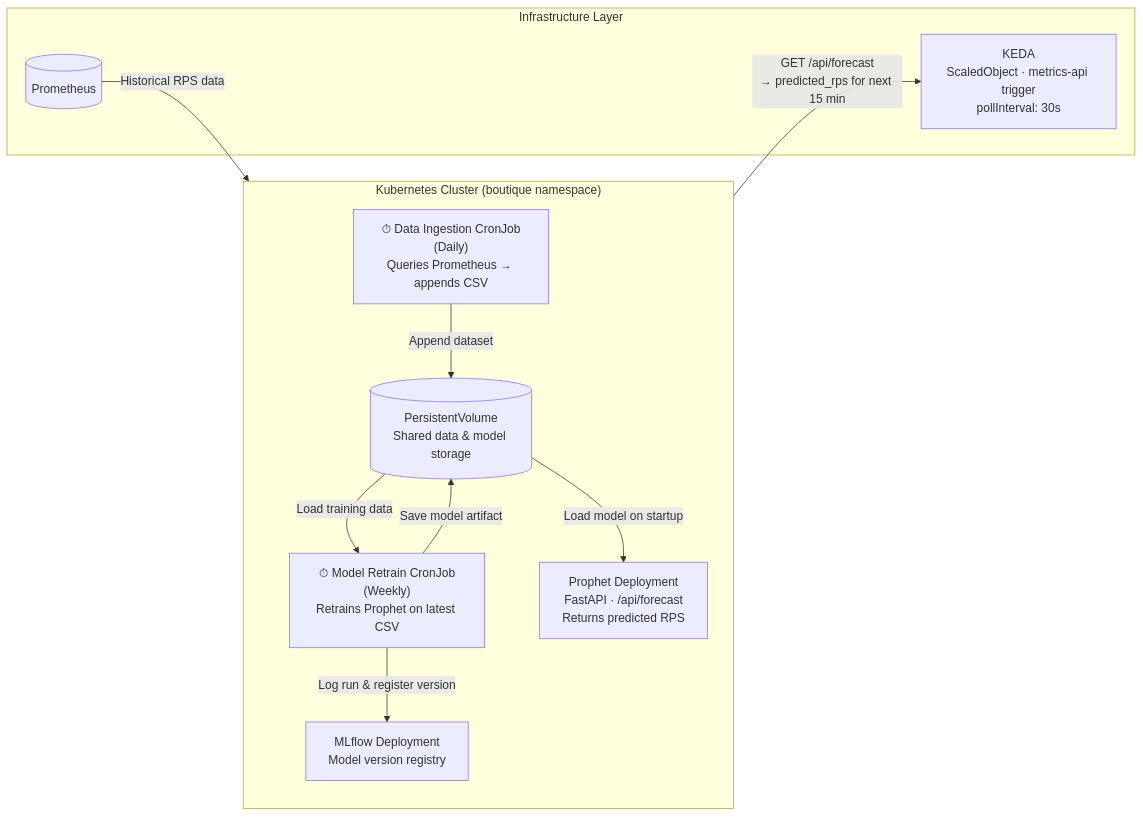
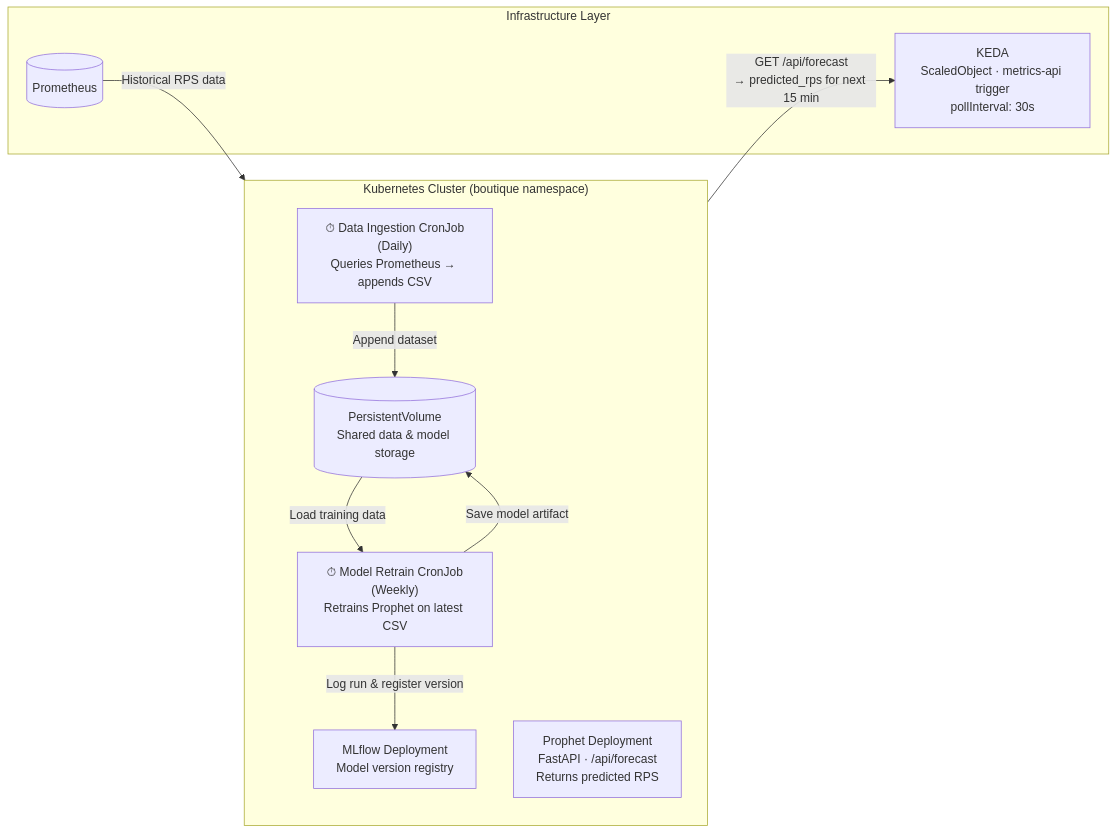
The second of 3 diagrams in README.md (hmdat-1706/proactive-scaling-microservices), drawn with Mermaid before and after one commit. The commit also changed other lines of this file and 16 other files, not shown here.

Commit message:
feat: Add k6 load test, boutique quota, Prophet fixes

````diff
--- a/README.md
+++ b/README.md
@@ -143,24 +143,23 @@
 ```mermaid
 graph LR
     subgraph K8S ["Kubernetes Cluster (boutique namespace)"]
         direction TB
         CJ1["⏱ Data Ingestion CronJob\n(Daily)\nQueries Prometheus → appends CSV"]
         CJ2["⏱ Model Retrain CronJob\n(Weekly)\nRetrains Prophet on latest CSV"]
         PV[("PersistentVolume\nShared data & model storage")]
         MLflow["MLflow Deployment\nModel version registry"]
         Prophet["Prophet Deployment\nFastAPI · /api/forecast\nReturns predicted RPS"]
     end
 
     subgraph INFRA ["Infrastructure Layer"]
         Prometheus[("Prometheus")]
         KEDA["KEDA\nScaledObject · metrics-api trigger\npollInterval: 30s"]
     end
 
-    Prometheus -->|"Historical RPS data"| CJ1
-    CJ1 -->|"Append dataset"| PV
-    PV -->|"Load training data"| CJ2
-    CJ2 -->|"Save model artifact"| PV
-    PV -->|"Load model on startup"| Prophet
-    CJ2 -->|"Log run & register version"| MLflow
+    Prometheus --> |"Historical RPS data"| CJ1
+    CJ1 --> |"Append dataset"| PV
+    PV --> |"Load training data"| CJ2
+    CJ2 --> |"Save model artifact"| PV
+    CJ2 --> |"Log run & register version"| MLflow
     Prophet -->|"GET /api/forecast\n→ predicted_rps for next 15 min"| KEDA
 ```
````
